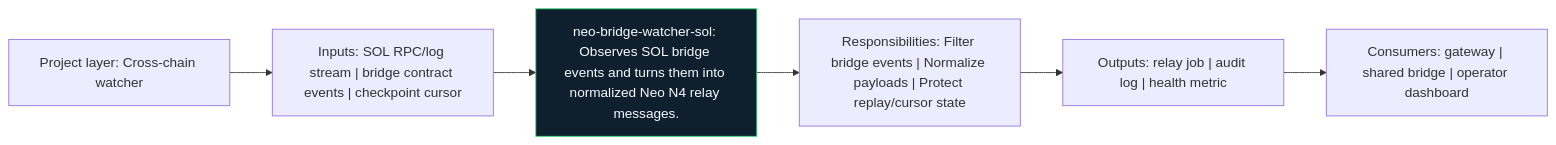
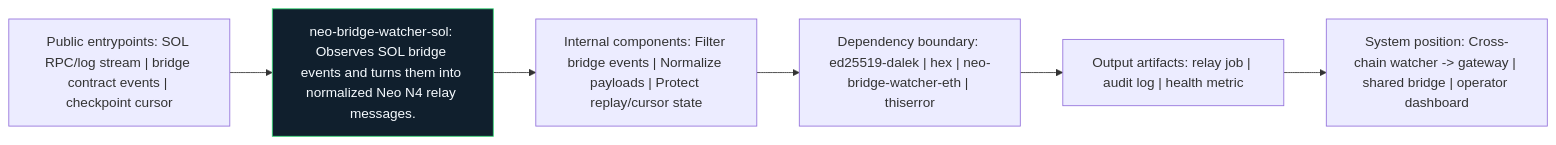
Before and after one commit to r3e-network/neo-n4: the diagram in watchers/neo-bridge-watcher-sol/docs/figures/architecture.mmd, drawn with Mermaid. The commit also changed 129 other files, not shown here.

```diff
--- a/watchers/neo-bridge-watcher-sol/docs/figures/architecture.mmd
+++ b/watchers/neo-bridge-watcher-sol/docs/figures/architecture.mmd
@@ -1,14 +1,14 @@
 flowchart LR
-    N1["Project layer: Cross-chain watcher"]
-    N2["Inputs: SOL RPC/log stream | bridge contract events | checkpoint cursor"]
-    N3["neo-bridge-watcher-sol: Observes SOL bridge events and turns them into normalized Neo N4 relay messages."]
-    N4["Responsibilities: Filter bridge events | Normalize payloads | Protect replay/cursor state"]
-    N5["Outputs: relay job | audit log | health metric"]
-    N6["Consumers: gateway | shared bridge | operator dashboard"]
+    N1["Public entrypoints: SOL RPC/log stream | bridge contract events | checkpoint cursor"]
+    N2["neo-bridge-watcher-sol: Observes SOL bridge events and turns them into normalized Neo N4 relay messages."]
+    N3["Internal components: Filter bridge events | Normalize payloads | Protect replay/cursor state"]
+    N4["Dependency boundary: ed25519-dalek | hex | neo-bridge-watcher-eth | thiserror"]
+    N5["Output artifacts: relay job | audit log | health metric"]
+    N6["System position: Cross-chain watcher -> gateway | shared bridge | operator dashboard"]
     N1 --> N2
     N2 --> N3
     N3 --> N4
     N4 --> N5
     N5 --> N6
     classDef crate fill:#101f2d,stroke:#38d978,color:#f6fbff
-    class N3 crate
+    class N2 crate
```
